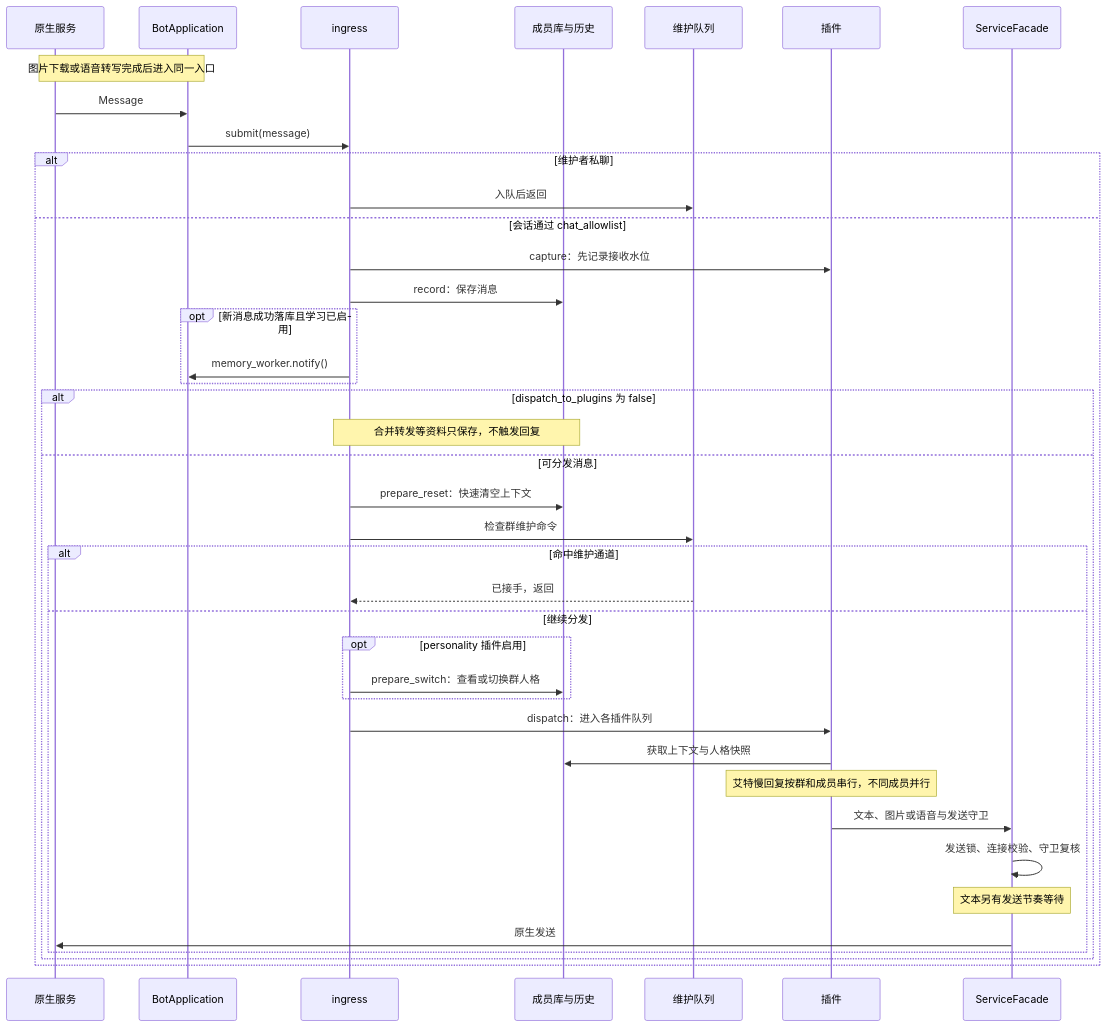
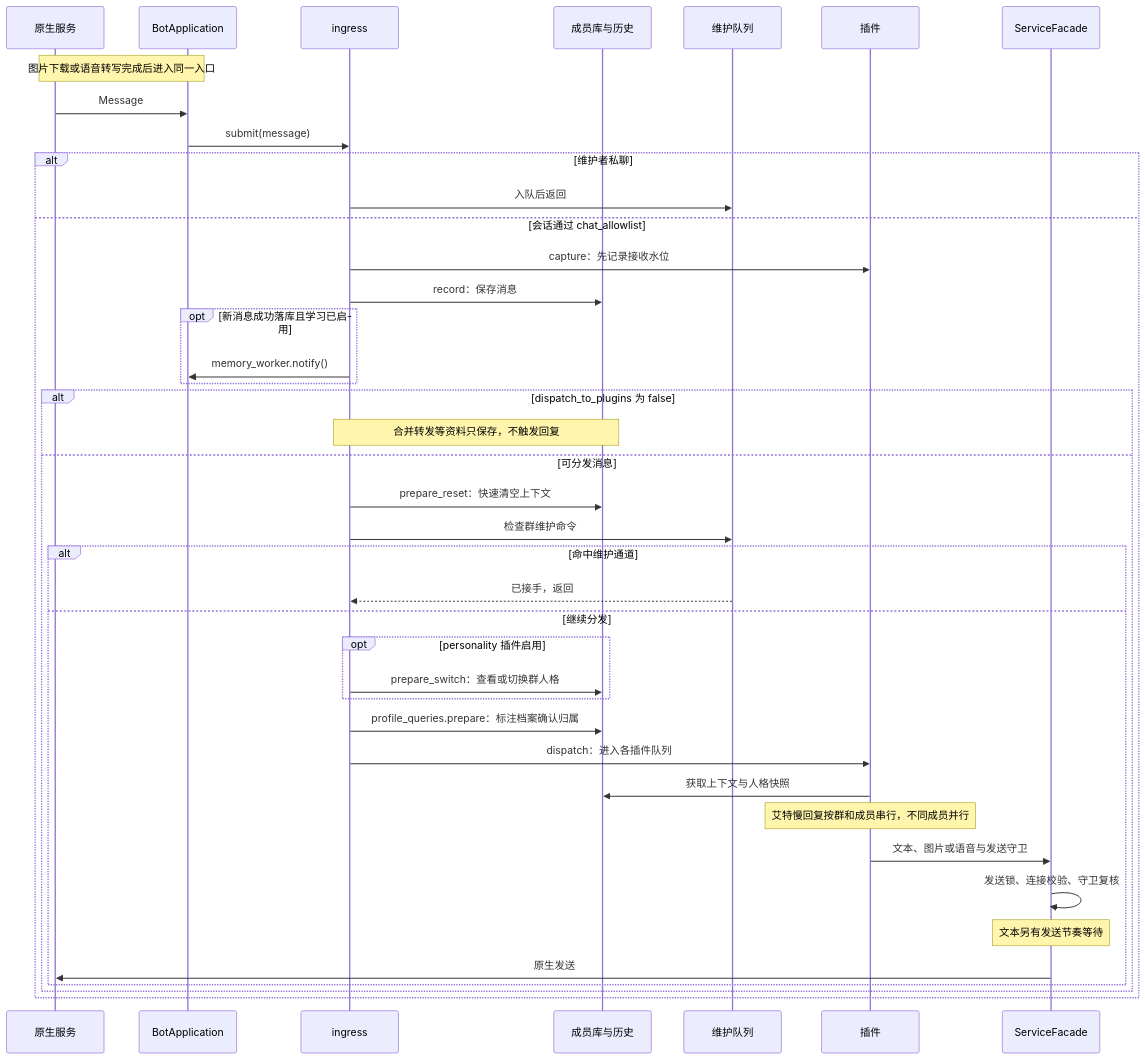
The diagram in .spec/messages/spec.md (Inmata/helper), drawn with Mermaid before and after one commit. The commit also changed other lines of this file and 19 other files, not shown here.

````diff
--- a/.spec/messages/spec.md
+++ b/.spec/messages/spec.md
@@ -32,43 +32,44 @@
 ```mermaid
 sequenceDiagram
     participant WX as 原生服务
     participant App as BotApplication
     participant In as ingress
     participant M as 成员库与历史
     participant R as 维护队列
     participant P as 插件
     participant S as ServiceFacade
 
     Note over WX,App: 图片下载或语音转写完成后进入同一入口
     WX->>App: Message
     App->>In: submit(message)
     alt 维护者私聊
         In->>R: 入队后返回
     else 会话通过 chat_allowlist
         In->>P: capture：先记录接收水位
         In->>M: record：保存消息
         opt 新消息成功落库且学习已启用
             In->>App: memory_worker.notify()
         end
         alt dispatch_to_plugins 为 false
             Note over In,M: 合并转发等资料只保存，不触发回复
         else 可分发消息
             In->>M: prepare_reset：快速清空上下文
             In->>R: 检查群维护命令
             alt 命中维护通道
                 R-->>In: 已接手，返回
             else 继续分发
                 opt personality 插件启用
                     In->>M: prepare_switch：查看或切换群人格
                 end
+                In->>M: profile_queries.prepare：标注档案确认归属
                 In->>P: dispatch：进入各插件队列
                 P->>M: 获取上下文与人格快照
                 Note over P: 艾特慢回复按群和成员串行，不同成员并行
                 P->>S: 文本、图片或语音与发送守卫
                 S->>S: 发送锁、连接校验、守卫复核
                 Note over S: 文本另有发送节奏等待
                 S->>WX: 原生发送
             end
         end
     end
 ```
````
